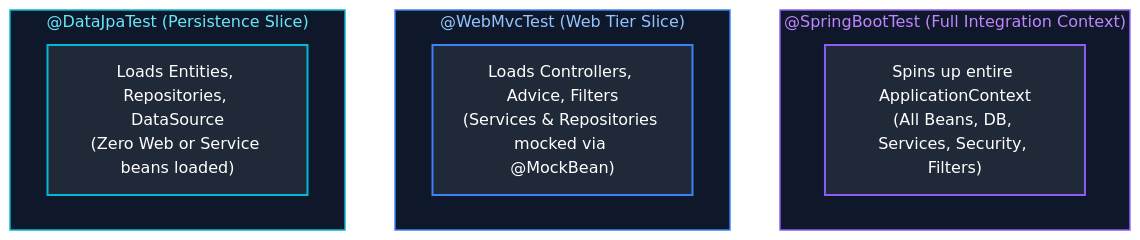
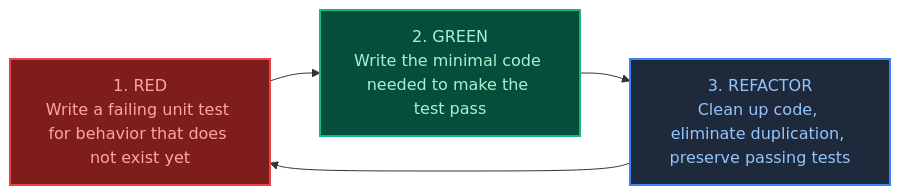
The third of 5 diagrams in Java Backend Engineering/14_testing_observability_performance_production_engineering.md (joydeep-biswas/Interview-Preparation), drawn with Mermaid before and after one commit. The commit also changed other lines of this file and 143 other files, not shown here.

````diff
--- a/Java Backend Engineering/14_testing_observability_performance_production_engineering.md
+++ b/Java Backend Engineering/14_testing_observability_performance_production_engineering.md
@@ -270,22 +151,11 @@
 ```mermaid
-flowchart TD
-    subgraph FullContext ["@SpringBootTest (Full Integration Context)"]
-        FullSpring["Spins up entire ApplicationContext<br/>(All Beans, DB, Services, Security, Filters)"]
-    end
+flowchart LR
+    Red["1. RED<br/>Write a failing unit test for behavior that does not exist yet"]
+    --> Green["2. GREEN<br/>Write the minimal code needed to make the test pass"]
+    --> Refactor["3. REFACTOR<br/>Clean up code, eliminate duplication, preserve passing tests"]
+    --> Red
 
-    subgraph WebSlice ["@WebMvcTest (Web Tier Slice)"]
-        WebSpring["Loads Controllers, Advice, Filters<br/>(Services & Repositories mocked via @MockBean)"]
-    end
-
-    subgraph DataSlice ["@DataJpaTest (Persistence Slice)"]
-        DataSpring["Loads Entities, Repositories, DataSource<br/>(Zero Web or Service beans loaded)"]
-    end
-
-    style FullContext fill:#0f172a,stroke:#8b5cf6,stroke-width:1.5px,color:#c084fc
-    style WebSlice fill:#0f172a,stroke:#3b82f6,stroke-width:1.5px,color:#93c5fd
-    style DataSlice fill:#0f172a,stroke:#06b6d4,stroke-width:1.5px,color:#67e8f9
-
-    style FullSpring fill:#1f2937,stroke:#8b5cf6,stroke-width:2px,color:#fff
-    style WebSpring fill:#1f2937,stroke:#3b82f6,stroke-width:2px,color:#fff
-    style DataSpring fill:#1f2937,stroke:#06b6d4,stroke-width:2px,color:#fff
+    style Red fill:#7f1d1d,stroke:#ef4444,stroke-width:2px,color:#fca5a5
+    style Green fill:#064e3b,stroke:#10b981,stroke-width:2px,color:#a7f3d0
+    style Refactor fill:#1e293b,stroke:#3b82f6,stroke-width:2px,color:#93c5fd
 ```
````
